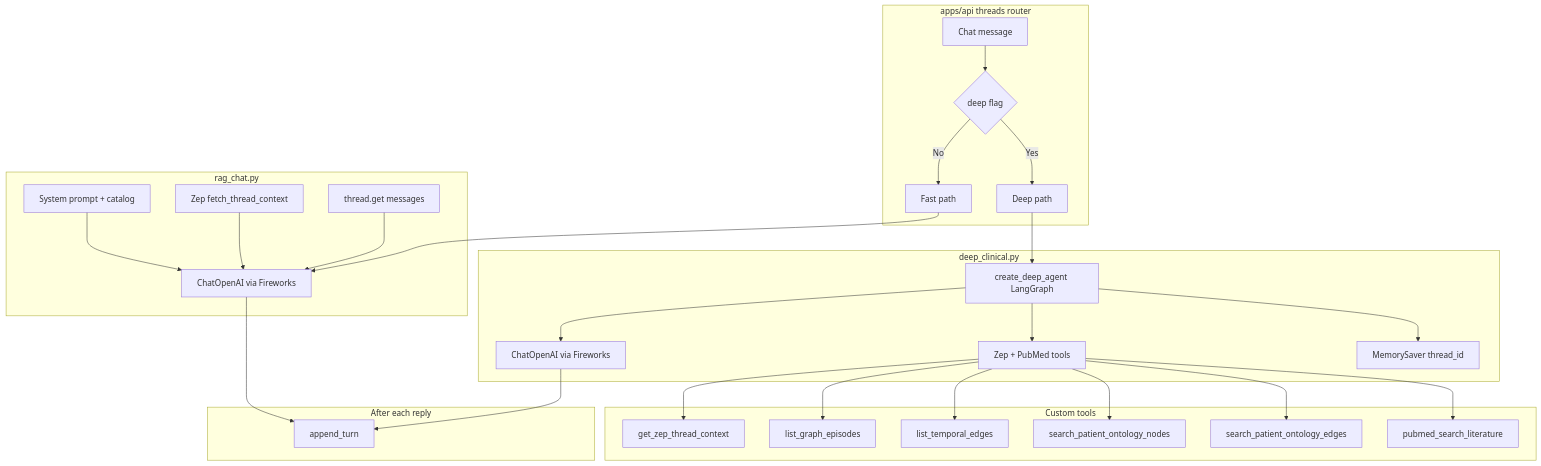
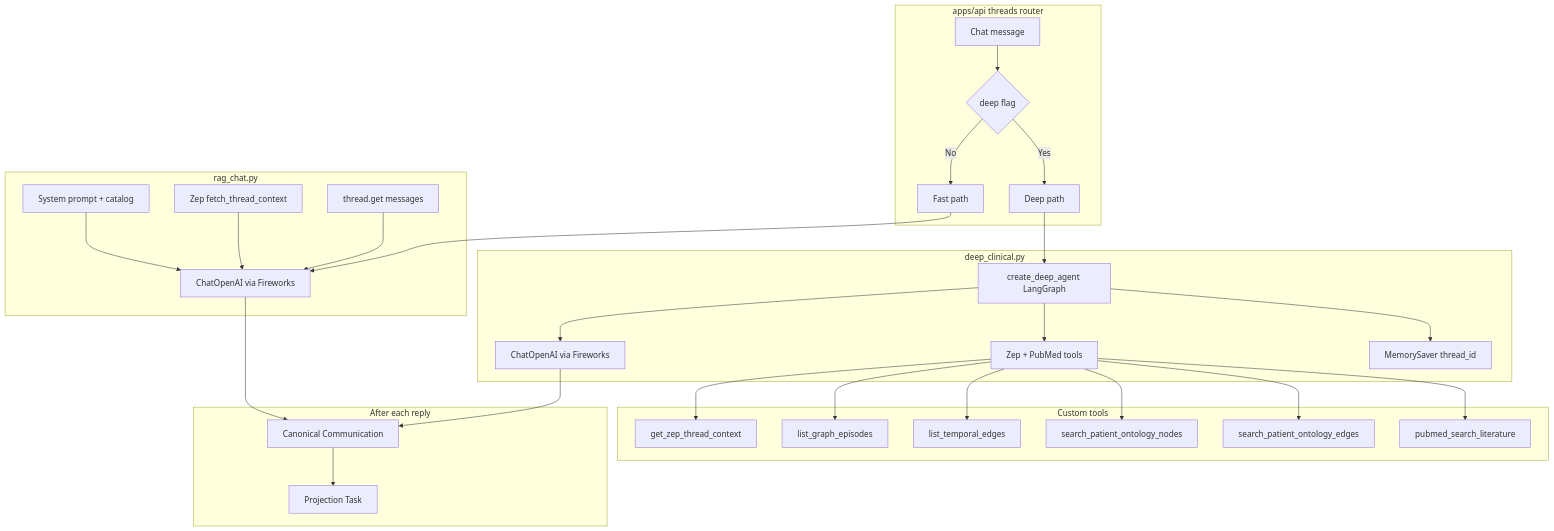
One commit to ayushozha/medtrace-previsit changed the second of 3 diagrams in README.md. Above: the diagram before and after it, drawn with Mermaid. The commit also changed other lines of this file and 52 other files, not shown here.

````diff
--- a/README.md
+++ b/README.md
@@ -137,47 +145,49 @@
 ```mermaid
 flowchart TB
   subgraph ui [apps/api threads router]
     toggle{deep flag}
     chatIn[Chat message] --> toggle
     toggle -->|No| fastPath[Fast path]
     toggle -->|Yes| deepPath[Deep path]
   end
 
   subgraph fastAgent [rag_chat.py]
     SYS1[System prompt + catalog]
     CTX1[Zep fetch_thread_context]
     HIST1[thread.get messages]
     LLM1[ChatOpenAI via Fireworks]
     fastPath --> LLM1
     SYS1 --> LLM1
     CTX1 --> LLM1
     HIST1 --> LLM1
   end
 
   subgraph deepAgent [deep_clinical.py]
     DA[create_deep_agent LangGraph]
     TOOLS[Zep + PubMed tools]
     LLM2[ChatOpenAI via Fireworks]
     CP[MemorySaver thread_id]
     deepPath --> DA
     DA --> LLM2
     DA --> TOOLS
     DA --> CP
   end
 
   subgraph toolList [Custom tools]
     T1[get_zep_thread_context]
     T2[list_graph_episodes]
     T3[list_temporal_edges]
     T4[search_patient_ontology_nodes]
     T5[search_patient_ontology_edges]
     T6[pubmed_search_literature]
     TOOLS --> T1 & T2 & T3 & T4 & T5 & T6
   end
 
   subgraph persist [After each reply]
-    AT[append_turn]
-    LLM1 --> AT
-    LLM2 --> AT
+    COMM[Canonical Communication]
+    TASK[Projection Task]
+    COMM --> TASK
+    LLM1 --> COMM
+    LLM2 --> COMM
   end
 ```
````
